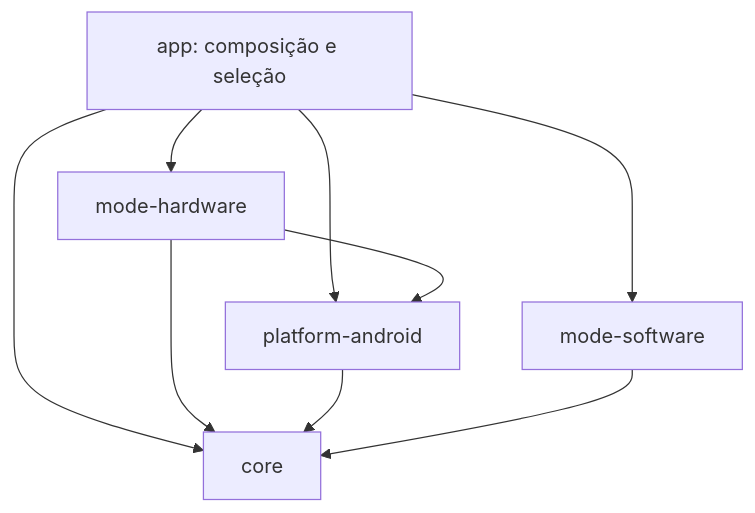
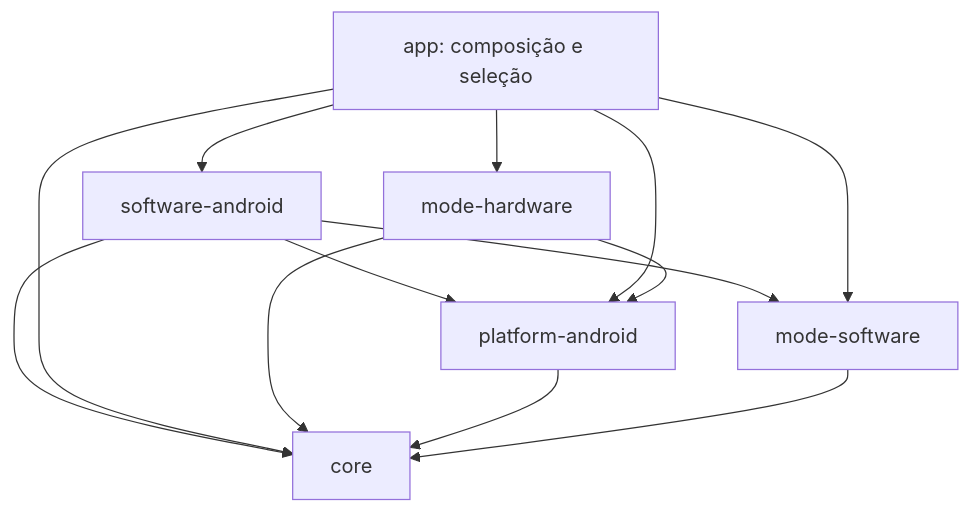
One commit to jeffersonfelex/step_wise changed the diagram in docs/desenvolvimento-modular.md. Above: the diagram before and after it, drawn with Mermaid. The commit also changed other lines of this file and 29 other files, not shown here.

````diff
--- a/docs/desenvolvimento-modular.md
+++ b/docs/desenvolvimento-modular.md
@@ -5,11 +5,15 @@
 ```mermaid
 flowchart TD
     app[app: composição e seleção] --> hardware[mode-hardware]
-    app --> software[mode-software]
+    app --> ui[software-android]
+    ui --> software[mode-software]
+    ui --> platform
+    ui --> core
+    app --> software
     app --> platform[platform-android]
     app --> core[core]
     hardware --> platform
     hardware --> core
     platform --> core
     software --> core
 ```
````
